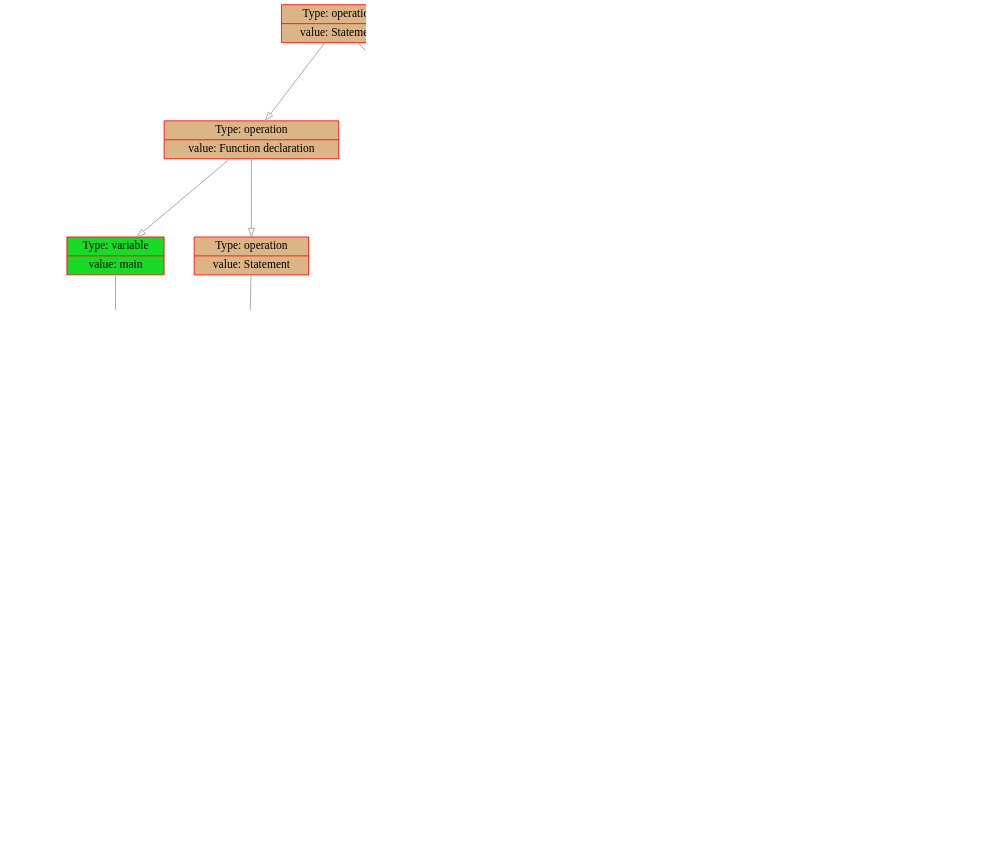
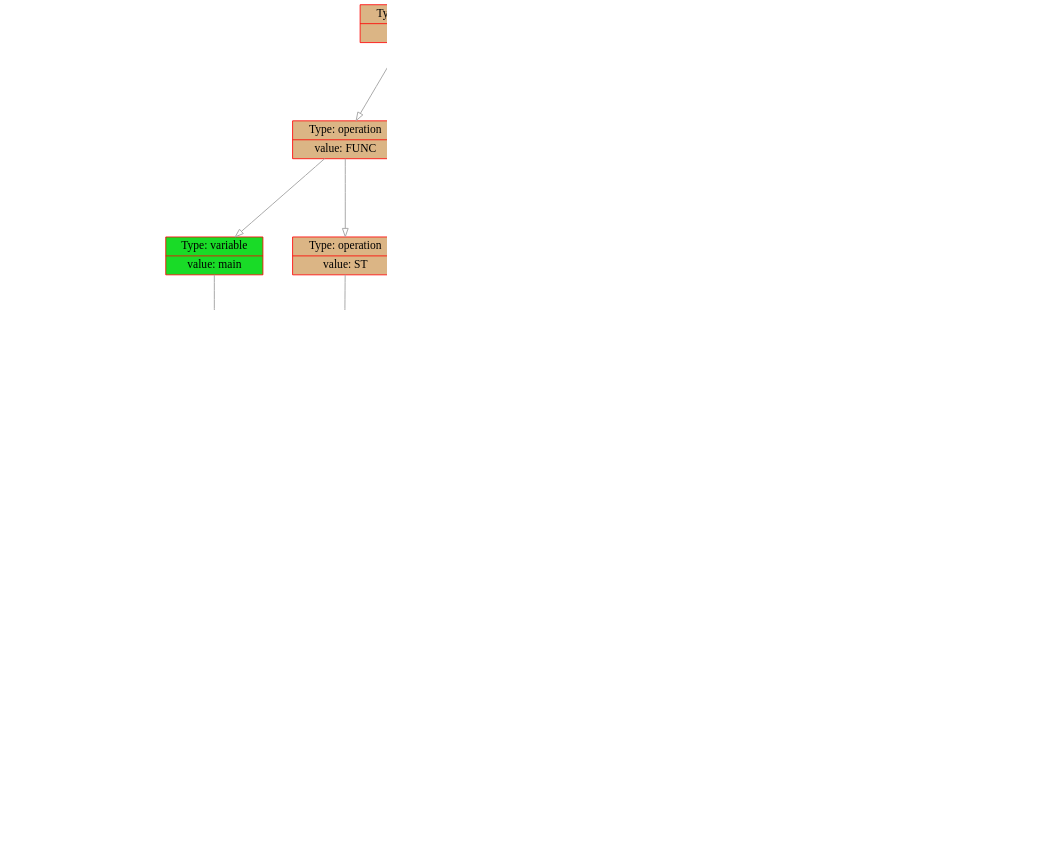
One commit to dodokek/ProgrammingLanguage changed the diagram in frontend/data/graph.dot. Above: the diagram before and after it, drawn with Graphviz. The commit also changed 7 other files, not shown here.

```diff
--- a/frontend/data/graph.dot
+++ b/frontend/data/graph.dot
@@ -1,91 +1,103 @@
 
     digraph g {
         dpi      = 200;
         fontname = "Comic Sans MS";
         fontsize = 20;
         rankdir   =  TB;
         edge [color = darkgrey, arrowhead = onormal, arrowsize = 1, penwidth = 1.2]
         graph[fillcolor = lightgreen, ranksep = 1.3, nodesep = 0.5,
         style = "rounded, filled",color = green, penwidth = 2]
 
-    Node0000027d3c0b81f0[shape=record, width=0.2, style="filled", color="red", fillcolor="#DBB585",label=" {Type: operation | value: Statement}"] 
+    Node0000028019688ca0[shape=record, width=0.2, style="filled", color="red", fillcolor="#DBB585",label=" {Type: operation | value: ST}"] 
  
-Node0000027d3c0b80b0[shape=record, width=0.2, style="filled", color="red", fillcolor="#DBB585",label=" {Type: operation | value: Function declaration}"] 
+Node0000028019688410[shape=record, width=0.2, style="filled", color="red", fillcolor="#DBB585",label=" {Type: operation | value: FUNC}"] 
  
-Node0000027d3c0b75b0[shape=record, width=0.2, style="filled", color="red", fillcolor="#19DB27",label=" {Type: variable | value: main}"] 
+Node00000280196875b0[shape=record, width=0.2, style="filled", color="red", fillcolor="#19DB27",label=" {Type: variable | value: main}"] 
  
-Node0000027d3c0b8020[shape=record, width=0.2, style="filled", color="red", fillcolor="#DBB585",label=" {Type: operation | value: Parametr}"] 
+Node00000280196884a0[shape=record, width=0.2, style="filled", color="red", fillcolor="#DBB585",label=" {Type: operation | value: PARAM}"] 
  
-Node0000027d3c0b7640[shape=record, width=0.2, style="filled", color="red", fillcolor="#DBB585",label=" {Type: operation | value: Var}"] 
+Node0000028019687640[shape=record, width=0.2, style="filled", color="red", fillcolor="#DBB585",label=" {Type: operation | value: VAR}"] 
  
-Node0000027d3c0b75e0[shape=record, width=0.2, style="filled", color="red", fillcolor="#19DB27",label=" {Type: variable | value: X}"] 
+Node00000280196875e0[shape=record, width=0.2, style="filled", color="red", fillcolor="#19DB27",label=" {Type: variable | value: X}"] 
  
-Node0000027d3c0b7610[shape=record, width=0.2, style="filled", color="red", fillcolor="#DB8E21",label=" {Type: number | value: 10}"] 
+Node0000028019687610[shape=record, width=0.2, style="filled", color="red", fillcolor="#DB8E21",label=" {Type: number | value: 10}"] 
  
-Node0000027d3c0b8080[shape=record, width=0.2, style="filled", color="red", fillcolor="#DBB585",label=" {Type: operation | value: Statement}"] 
+Node00000280196880c0[shape=record, width=0.2, style="filled", color="red", fillcolor="#DBB585",label=" {Type: operation | value: PARAM}"] 
  
-Node0000027d3c0b8050[shape=record, width=0.2, style="filled", color="red", fillcolor="#DB8E21",label=" {Type: number | value: 2}"] 
+Node0000028019688090[shape=record, width=0.2, style="filled", color="red", fillcolor="#DBB585",label=" {Type: operation | value: VAR}"] 
  
-Node0000027d3c0b8190[shape=record, width=0.2, style="filled", color="red", fillcolor="#DBB585",label=" {Type: operation | value: Statement}"] 
+Node0000028019688030[shape=record, width=0.2, style="filled", color="red", fillcolor="#19DB27",label=" {Type: variable | value: X}"] 
  
-Node0000027d3c0b8220[shape=record, width=0.2, style="filled", color="red", fillcolor="#DBB585",label=" {Type: operation | value: Var}"] 
+Node0000028019688060[shape=record, width=0.2, style="filled", color="red", fillcolor="#DB8E21",label=" {Type: number | value: 10}"] 
  
-Node0000027d3c0b8130[shape=record, width=0.2, style="filled", color="red", fillcolor="#19DB27",label=" {Type: variable | value: Y}"] 
+Node0000028019688200[shape=record, width=0.2, style="filled", color="red", fillcolor="#DBB585",label=" {Type: operation | value: ST}"] 
  
-Node0000027d3c0b8490[shape=record, width=0.2, style="filled", color="red", fillcolor="#DB8E21",label=" {Type: number | value: 20}"] 
+Node0000028019688290[shape=record, width=0.2, style="filled", color="red", fillcolor="#DB8E21",label=" {Type: number | value: 2}"] 
  
-Node0000027d3c0b81c0[shape=record, width=0.2, style="filled", color="red", fillcolor="#DBB585",label=" {Type: operation | value: Statement}"] 
+Node00000280196886d0[shape=record, width=0.2, style="filled", color="red", fillcolor="#DBB585",label=" {Type: operation | value: ST}"] 
  
-Node0000027d3c0b8160[shape=record, width=0.2, style="filled", color="red", fillcolor="#DBB585",label=" {Type: operation | value: if}"] 
+Node00000280196882c0[shape=record, width=0.2, style="filled", color="red", fillcolor="#DBB585",label=" {Type: operation | value: VAR}"] 
  
-Node0000027d3c0b8430[shape=record, width=0.2, style="filled", color="red", fillcolor="#DBB585",label=" {Type: operation | value: +}"] 
+Node00000280196882f0[shape=record, width=0.2, style="filled", color="red", fillcolor="#19DB27",label=" {Type: variable | value: Y}"] 
  
-Node0000027d3c0b82e0[shape=record, width=0.2, style="filled", color="red", fillcolor="#DB8E21",label=" {Type: number | value: 2}"] 
+Node0000028019688260[shape=record, width=0.2, style="filled", color="red", fillcolor="#DB8E21",label=" {Type: number | value: 20}"] 
  
-Node0000027d3c0b8340[shape=record, width=0.2, style="filled", color="red", fillcolor="#DB8E21",label=" {Type: number | value: 2}"] 
+Node0000028019688c10[shape=record, width=0.2, style="filled", color="red", fillcolor="#DBB585",label=" {Type: operation | value: ST}"] 
  
-Node0000027d3c0b8460[shape=record, width=0.2, style="filled", color="red", fillcolor="#DBB585",label=" {Type: operation | value: else}"] 
+Node00000280196885e0[shape=record, width=0.2, style="filled", color="red", fillcolor="#DBB585",label=" {Type: operation | value: IF}"] 
  
-Node0000027d3c0b8280[shape=record, width=0.2, style="filled", color="red", fillcolor="#DBB585",label=" {Type: operation | value: Statement}"] 
+Node0000028019688440[shape=record, width=0.2, style="filled", color="red", fillcolor="#DBB585",label=" {Type: operation | value: ADD}"] 
  
-Node0000027d3c0b83a0[shape=record, width=0.2, style="filled", color="red", fillcolor="#DBB585",label=" {Type: operation | value: Var}"] 
+Node0000028019688320[shape=record, width=0.2, style="filled", color="red", fillcolor="#DB8E21",label=" {Type: number | value: 2}"] 
  
-Node0000027d3c0b8400[shape=record, width=0.2, style="filled", color="red", fillcolor="#19DB27",label=" {Type: variable | value: Y}"] 
+Node0000028019688380[shape=record, width=0.2, style="filled", color="red", fillcolor="#DB8E21",label=" {Type: number | value: 2}"] 
  
-Node0000027d3c0b8310[shape=record, width=0.2, style="filled", color="red", fillcolor="#DB8E21",label=" {Type: number | value: 2}"] 
+Node0000028019688350[shape=record, width=0.2, style="filled", color="red", fillcolor="#DBB585",label=" {Type: operation | value: ELSE}"] 
  
-Node0000027d3c0b83d0[shape=record, width=0.2, style="filled", color="red", fillcolor="#DBB585",label=" {Type: operation | value: Statement}"] 
+Node0000028019688140[shape=record, width=0.2, style="filled", color="red", fillcolor="#DBB585",label=" {Type: operation | value: ST}"] 
  
-Node0000027d3c0b82b0[shape=record, width=0.2, style="filled", color="red", fillcolor="#DBB585",label=" {Type: operation | value: Var}"] 
+Node00000280196883b0[shape=record, width=0.2, style="filled", color="red", fillcolor="#DBB585",label=" {Type: operation | value: VAR}"] 
  
-Node0000027d3c0b8370[shape=record, width=0.2, style="filled", color="red", fillcolor="#19DB27",label=" {Type: variable | value: Y}"] 
+Node0000028019688470[shape=record, width=0.2, style="filled", color="red", fillcolor="#19DB27",label=" {Type: variable | value: Y}"] 
  
-Node0000027d3c0b8250[shape=record, width=0.2, style="filled", color="red", fillcolor="#DB8E21",label=" {Type: number | value: 2}"] 
+Node00000280196883e0[shape=record, width=0.2, style="filled", color="red", fillcolor="#DB8E21",label=" {Type: number | value: 2}"] 
  
-Node0000027d3c0b81f0->Node0000027d3c0b80b0
-Node0000027d3c0b80b0->Node0000027d3c0b75b0
-Node0000027d3c0b75b0->Node0000027d3c0b8020
-Node0000027d3c0b8020->Node0000027d3c0b7640
-Node0000027d3c0b7640->Node0000027d3c0b75e0
-Node0000027d3c0b7640->Node0000027d3c0b7610
-Node0000027d3c0b80b0->Node0000027d3c0b8080
-Node0000027d3c0b8080->Node0000027d3c0b8050
-Node0000027d3c0b81f0->Node0000027d3c0b8190
-Node0000027d3c0b8190->Node0000027d3c0b8220
-Node0000027d3c0b8220->Node0000027d3c0b8130
-Node0000027d3c0b8220->Node0000027d3c0b8490
-Node0000027d3c0b8190->Node0000027d3c0b81c0
-Node0000027d3c0b81c0->Node0000027d3c0b8160
-Node0000027d3c0b8160->Node0000027d3c0b8430
-Node0000027d3c0b8430->Node0000027d3c0b82e0
-Node0000027d3c0b8430->Node0000027d3c0b8340
-Node0000027d3c0b8160->Node0000027d3c0b8460
-Node0000027d3c0b8460->Node0000027d3c0b8280
-Node0000027d3c0b8280->Node0000027d3c0b83a0
-Node0000027d3c0b83a0->Node0000027d3c0b8400
-Node0000027d3c0b83a0->Node0000027d3c0b8310
-Node0000027d3c0b8460->Node0000027d3c0b83d0
-Node0000027d3c0b83d0->Node0000027d3c0b82b0
-Node0000027d3c0b82b0->Node0000027d3c0b8370
-Node0000027d3c0b82b0->Node0000027d3c0b8250
+Node00000280196881d0[shape=record, width=0.2, style="filled", color="red", fillcolor="#DBB585",label=" {Type: operation | value: ST}"] 
+ 
+Node0000028019688230[shape=record, width=0.2, style="filled", color="red", fillcolor="#DBB585",label=" {Type: operation | value: VAR}"] 
+ 
+Node0000028019688170[shape=record, width=0.2, style="filled", color="red", fillcolor="#19DB27",label=" {Type: variable | value: Y}"] 
+ 
+Node00000280196881a0[shape=record, width=0.2, style="filled", color="red", fillcolor="#DB8E21",label=" {Type: number | value: 2}"] 
+ 
+Node0000028019688ca0->Node0000028019688410
+Node0000028019688410->Node00000280196875b0
+Node00000280196875b0->Node00000280196884a0
+Node00000280196884a0->Node0000028019687640
+Node0000028019687640->Node00000280196875e0
+Node0000028019687640->Node0000028019687610
+Node00000280196884a0->Node00000280196880c0
+Node00000280196880c0->Node0000028019688090
+Node0000028019688090->Node0000028019688030
+Node0000028019688090->Node0000028019688060
+Node0000028019688410->Node0000028019688200
+Node0000028019688200->Node0000028019688290
+Node0000028019688ca0->Node00000280196886d0
+Node00000280196886d0->Node00000280196882c0
+Node00000280196882c0->Node00000280196882f0
+Node00000280196882c0->Node0000028019688260
+Node00000280196886d0->Node0000028019688c10
+Node0000028019688c10->Node00000280196885e0
+Node00000280196885e0->Node0000028019688440
+Node0000028019688440->Node0000028019688320
+Node0000028019688440->Node0000028019688380
+Node00000280196885e0->Node0000028019688350
+Node0000028019688350->Node0000028019688140
+Node0000028019688140->Node00000280196883b0
+Node00000280196883b0->Node0000028019688470
+Node00000280196883b0->Node00000280196883e0
+Node0000028019688350->Node00000280196881d0
+Node00000280196881d0->Node0000028019688230
+Node0000028019688230->Node0000028019688170
+Node0000028019688230->Node00000280196881a0
 }
```
